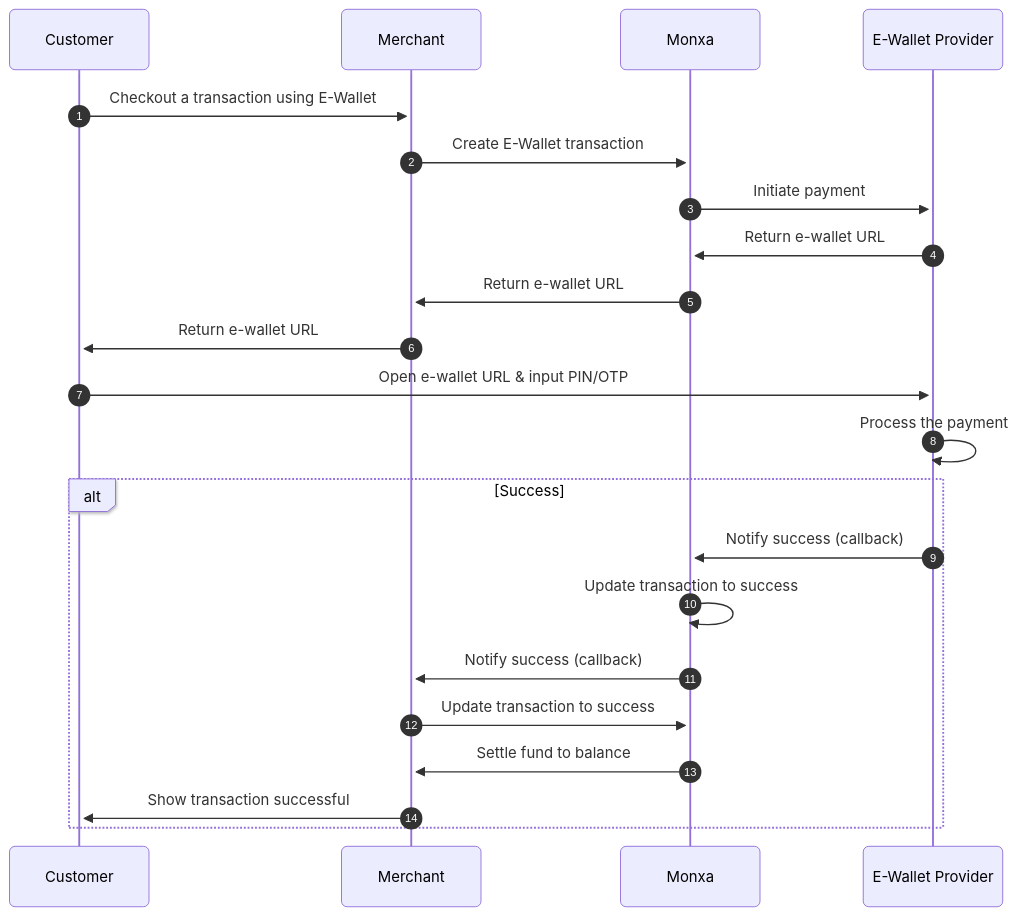
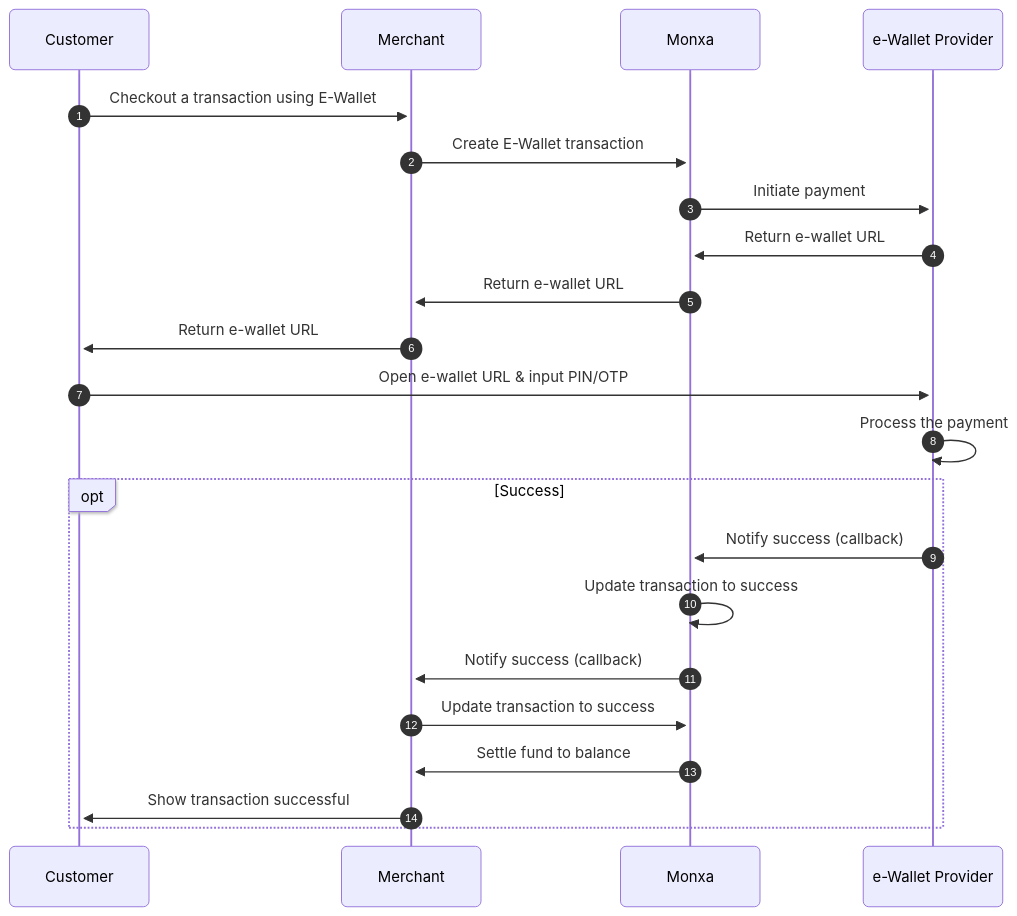
Before and after one commit to monxadev/docs: the first of 2 diagrams in payments/payment-methods/wallets.mdx, drawn with Mermaid. The commit also changed other lines of this file, not shown here.

````diff
--- a/payments/payment-methods/wallets.mdx
+++ b/payments/payment-methods/wallets.mdx
@@ -77,28 +77,28 @@
     ```mermaid
     ---
     config:
       look: neo
     ---
     sequenceDiagram
       participant Customer as Customer
       participant Merchant as Merchant
       participant Monxa as Monxa
-      participant Wallet as E-Wallet Provider
+      participant Wallet as e-Wallet Provider
       autonumber
       Customer ->> Merchant: Checkout a transaction using E-Wallet
       Merchant ->> Monxa: Create E-Wallet transaction
       Monxa ->> Wallet: Initiate payment
       Wallet ->> Monxa: Return e-wallet URL
       Monxa ->> Merchant: Return e-wallet URL
       Merchant ->> Customer: Return e-wallet URL
       Customer ->> Wallet: Open e-wallet URL & input PIN/OTP
       Wallet ->> Wallet: Process the payment
-      alt Success
+      opt Success
         Wallet ->> Monxa: Notify success (callback)
         Monxa ->> Monxa: Update transaction to success
         Monxa ->> Merchant: Notify success (callback)
         Merchant ->> Monxa: Update transaction to success
         Monxa ->> Merchant: Settle fund to balance
         Merchant ->> Customer: Show transaction successful
       end
     ```
````
